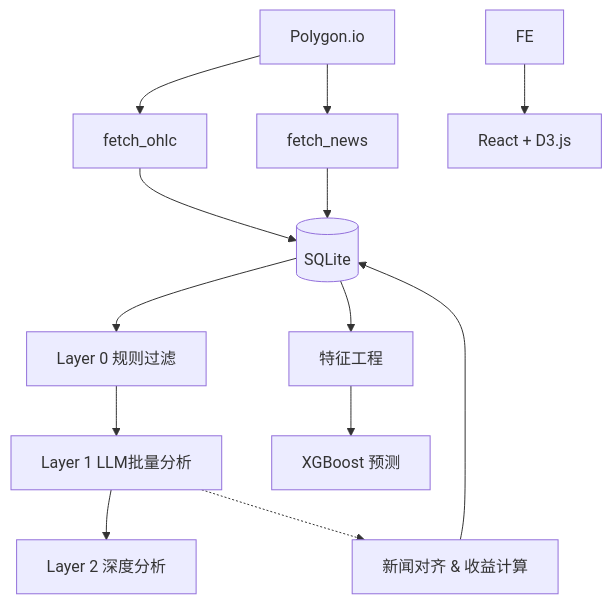
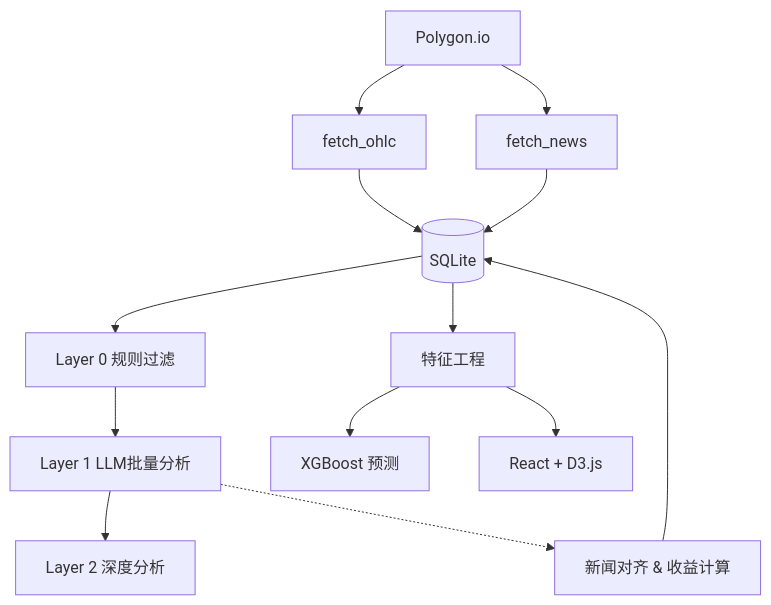
One commit to Chasen-Liao/FinTrack changed the first of 3 diagrams in README.md. Above: the diagram before and after it, drawn with Mermaid. The commit also changed 13 other files, not shown here.

````diff
--- a/README.md
+++ b/README.md
@@ -15,15 +15,15 @@
 ```mermaid
 graph TB
     POL[Polygon.io] --> P1[fetch_ohlc]
     POL --> P2[fetch_news]
     P1 --> DB[(SQLite)]
     P2 --> DB
     DB --> L0[Layer 0 规则过滤]
     L0 --> L1[Layer 1 LLM批量分析]
     L1 --> L2[Layer 2 深度分析]
     L1 -.-> ALIGN[新闻对齐 & 收益计算]
     ALIGN --> DB
     DB --> FEAT[特征工程]
     FEAT --> MODEL[XGBoost 预测]
-    FE --> REACT[React + D3.js]
+    FEAT --> REACT[React + D3.js]
 ```
````
